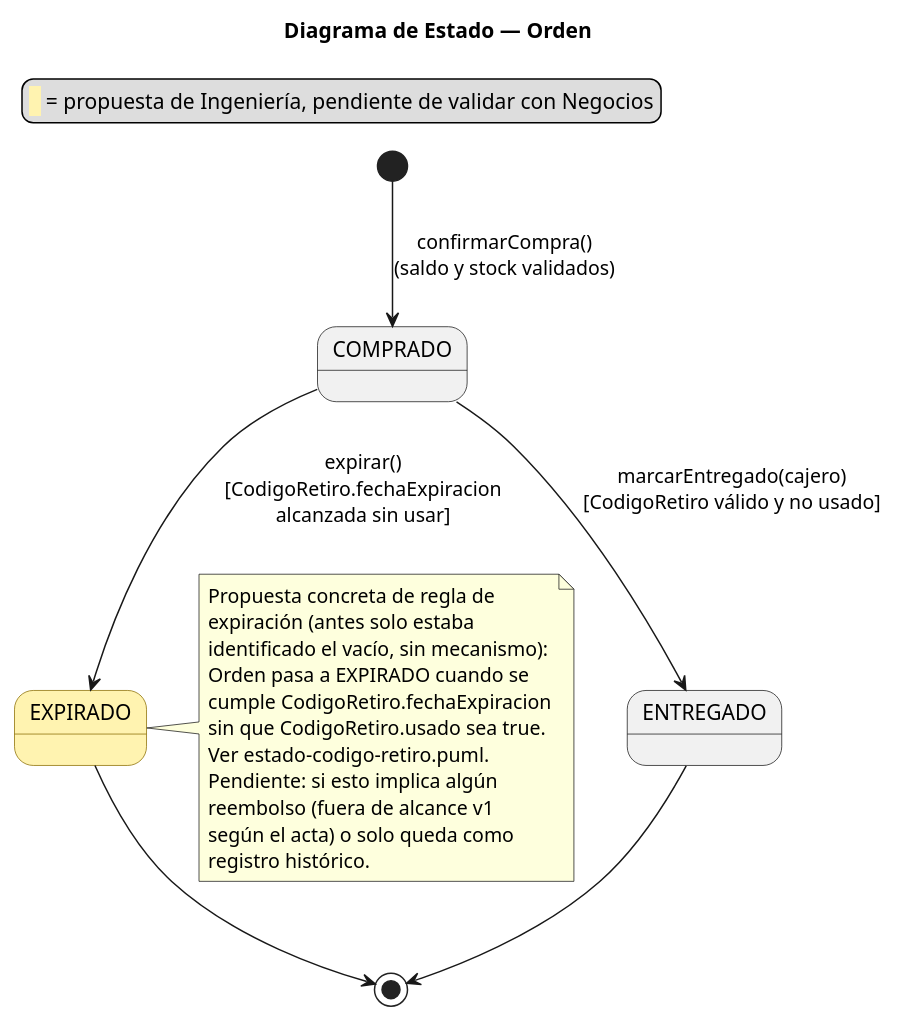
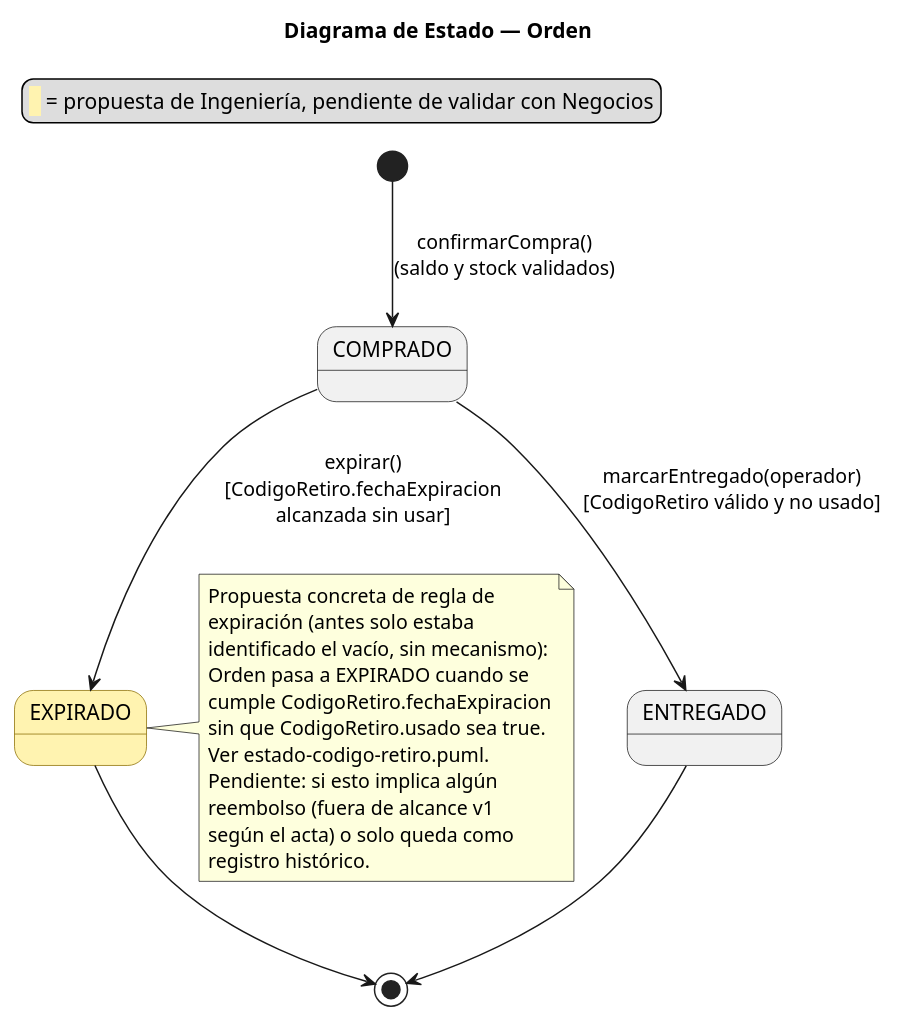
The diagram in uml/estado-orden.puml (Jesus-JB/aliflow), drawn with PlantUML before and after one commit. The commit also changed 47 other files, not shown here.

```diff
--- a/uml/estado-orden.puml
+++ b/uml/estado-orden.puml
@@ -1,39 +1,39 @@
 @startuml estado-orden-aliflow
 
 title Diagrama de Estado — Orden
 
 skinparam state {
   BackgroundColor<<propuesta>> #FFF3B0
   BorderColor<<propuesta>> #8A6D00
 }
 
 legend top left
   <back:#FFF3B0>  </back> = propuesta de Ingeniería, pendiente de validar con Negocios
 endlegend
 
 state EXPIRADO <<propuesta>>
 
 [*] --> COMPRADO : confirmarCompra()\n(saldo y stock validados)
 
-COMPRADO --> ENTREGADO : marcarEntregado(cajero)\n[CodigoRetiro válido y no usado]
+COMPRADO --> ENTREGADO : marcarEntregado(operador)\n[CodigoRetiro válido y no usado]
 
 COMPRADO --> EXPIRADO : expirar()\n[CodigoRetiro.fechaExpiracion\nalcanzada sin usar]
 
 ENTREGADO --> [*]
 EXPIRADO --> [*]
 
 note right of EXPIRADO
   Propuesta concreta de regla de
   expiración (antes solo estaba
   identificado el vacío, sin mecanismo):
   Orden pasa a EXPIRADO cuando se
   cumple CodigoRetiro.fechaExpiracion
   sin que CodigoRetiro.usado sea true.
   Ver estado-codigo-retiro.puml.
   Pendiente: si esto implica algún
   reembolso (fuera de alcance v1
   según el acta) o solo queda como
   registro histórico.
 end note
 
 @enduml
```
